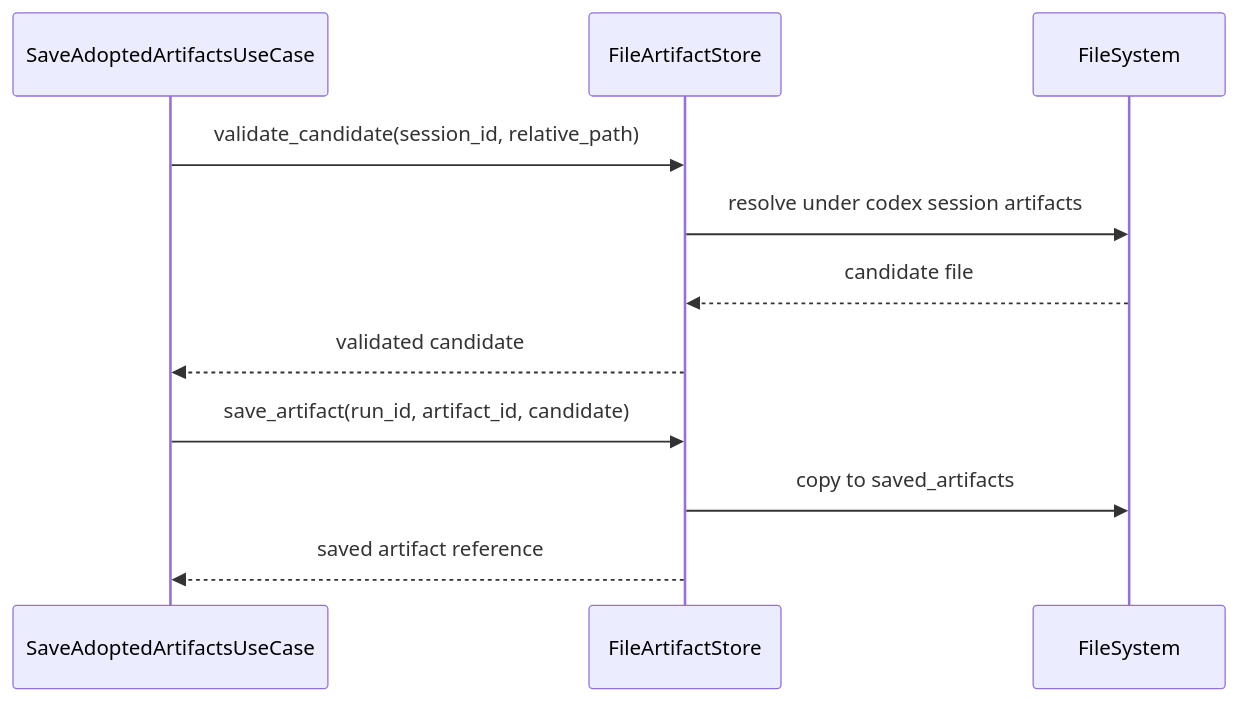
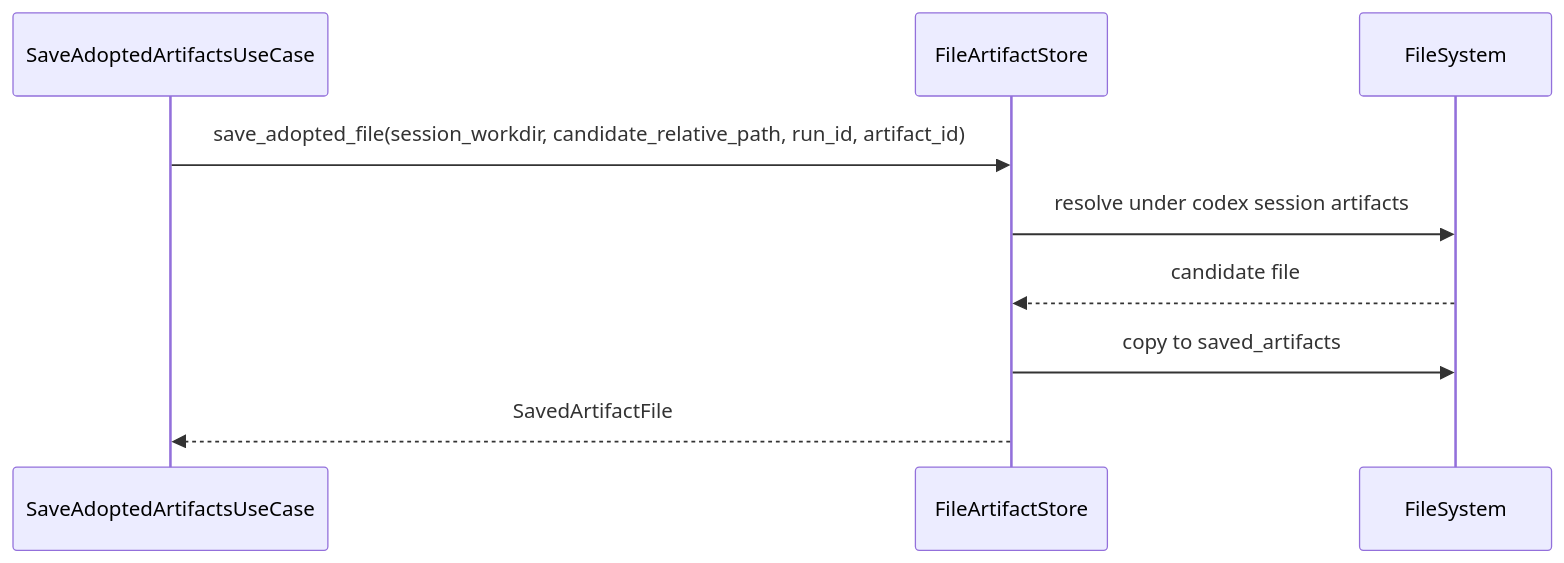
One commit to mincsys/D-Concierge changed the diagram in docs/03_内部設計/03_内部IF設計/成果物ファイルIF.md. Above: the diagram before and after it, drawn with Mermaid. The commit also changed other lines of this file and 18 other files, not shown here.

````diff
--- a/docs/03_内部設計/03_内部IF設計/成果物ファイルIF.md
+++ b/docs/03_内部設計/03_内部IF設計/成果物ファイルIF.md
@@ -27,14 +34,12 @@
 ```mermaid
 sequenceDiagram
     participant usecase as SaveAdoptedArtifactsUseCase
     participant store as FileArtifactStore
     participant fs as FileSystem
 
-    usecase->>store: validate_candidate(session_id, relative_path)
+    usecase->>store: save_adopted_file(session_workdir, candidate_relative_path, run_id, artifact_id)
     store->>fs: resolve under codex session artifacts
     fs-->>store: candidate file
-    store-->>usecase: validated candidate
-    usecase->>store: save_artifact(run_id, artifact_id, candidate)
     store->>fs: copy to saved_artifacts
-    store-->>usecase: saved artifact reference
+    store-->>usecase: SavedArtifactFile
 ```
````
